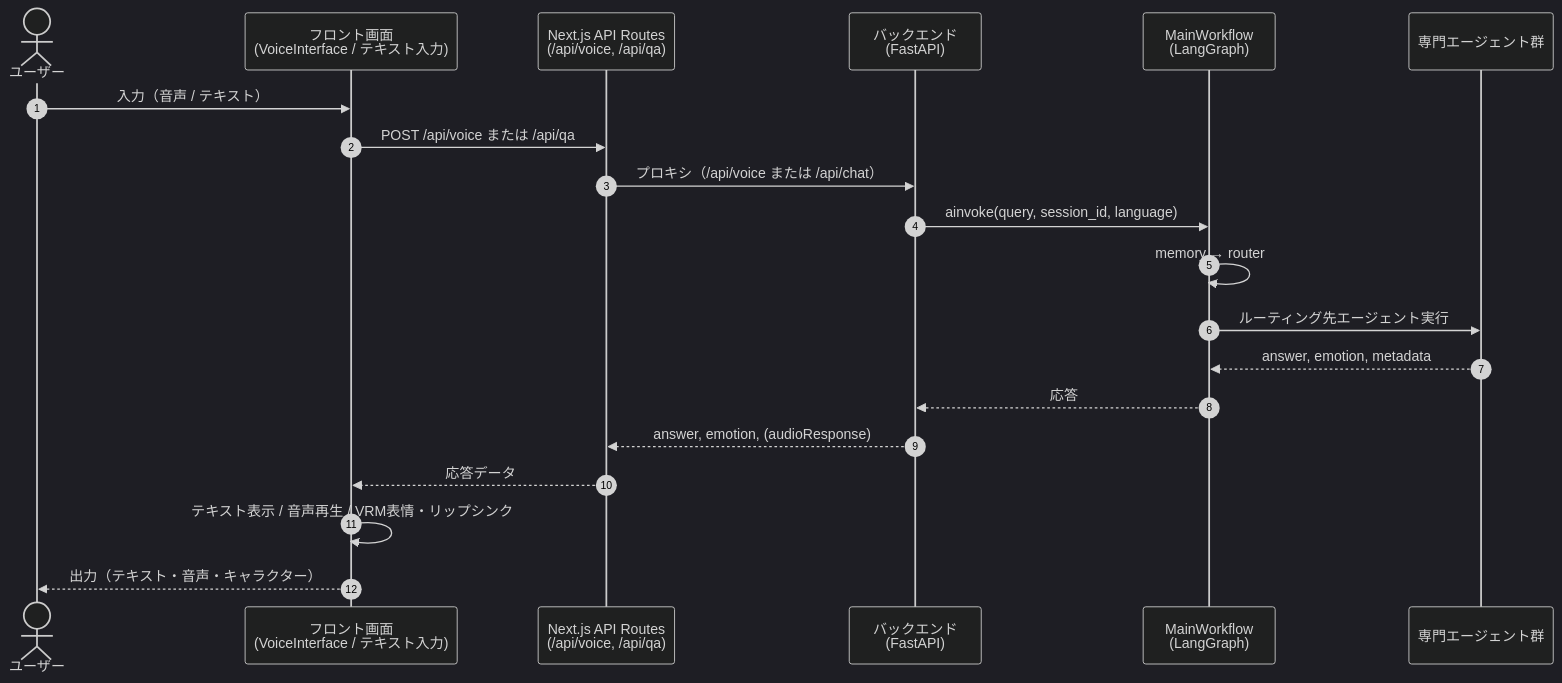
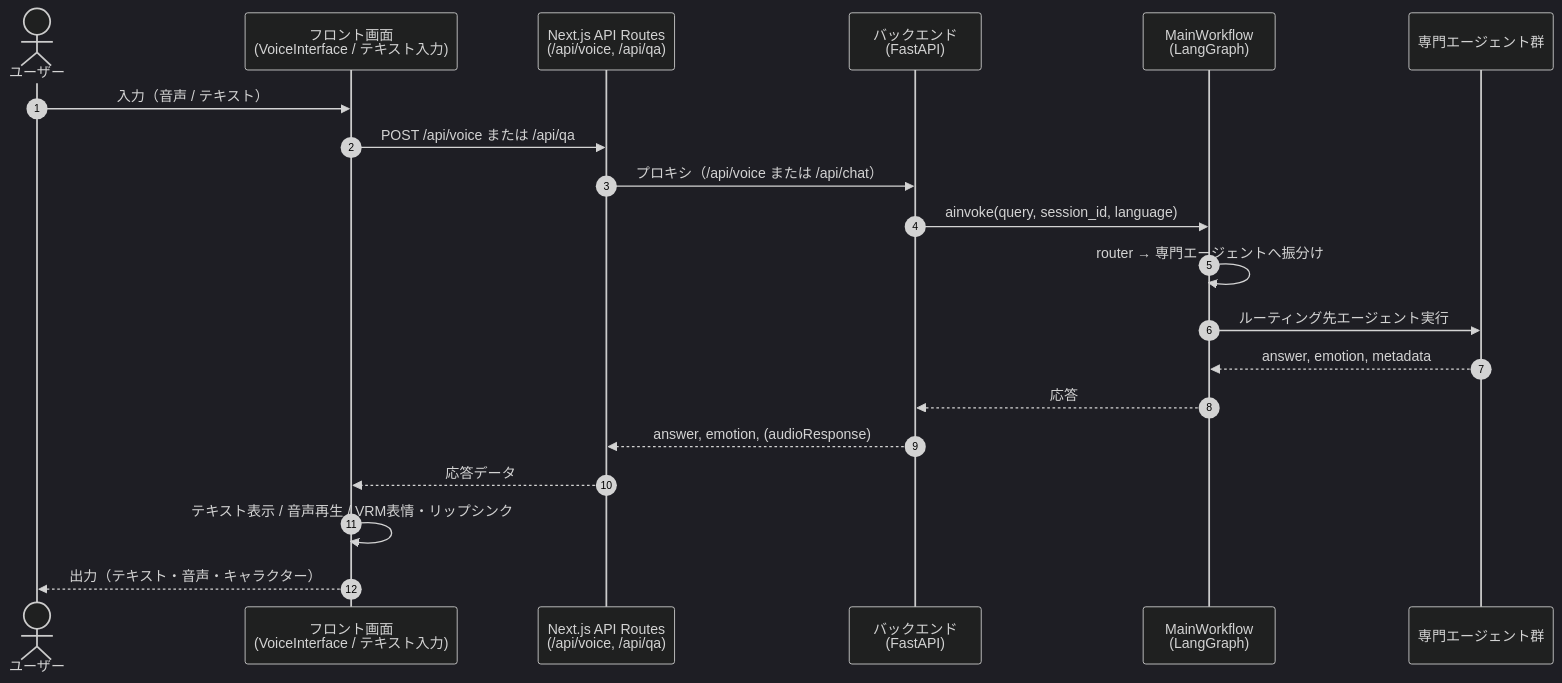
One commit to EngineerCafeJP/engineercafe-navigator changed the first of 5 diagrams in docs/architecture/SEQUENCE-DIAGRAM.md. Above: the diagram before and after it, drawn with Mermaid (dark theme). The commit also changed other lines of this file, not shown here.

First line of the commit message:
docs: 修正されたシーケンス図の表現を更新

````diff
--- a/docs/architecture/SEQUENCE-DIAGRAM.md
+++ b/docs/architecture/SEQUENCE-DIAGRAM.md
@@ -10,23 +10,23 @@
 ```mermaid
 sequenceDiagram
     autonumber
     actor User as ユーザー
     participant UI as フロント画面<br/>(VoiceInterface / テキスト入力)
     participant NextAPI as Next.js API Routes<br/>(/api/voice, /api/qa)
     participant Backend as バックエンド<br/>(FastAPI)
     participant Workflow as MainWorkflow<br/>(LangGraph)
     participant Agents as 専門エージェント群
 
     User->>UI: 入力（音声 / テキスト）
     UI->>NextAPI: POST /api/voice または /api/qa
     NextAPI->>Backend: プロキシ（/api/voice または /api/chat）
     Backend->>Workflow: ainvoke(query, session_id, language)
-    Workflow->>Workflow: memory → router
+    Workflow->>Workflow: router → 専門エージェントへ振分け
     Workflow->>Agents: ルーティング先エージェント実行
     Agents-->>Workflow: answer, emotion, metadata
     Workflow-->>Backend: 応答
     Backend-->>NextAPI: answer, emotion, (audioResponse)
     NextAPI-->>UI: 応答データ
     UI->>UI: テキスト表示 / 音声再生 / VRM表情・リップシンク
     UI-->>User: 出力（テキスト・音声・キャラクター）
 ```
````
